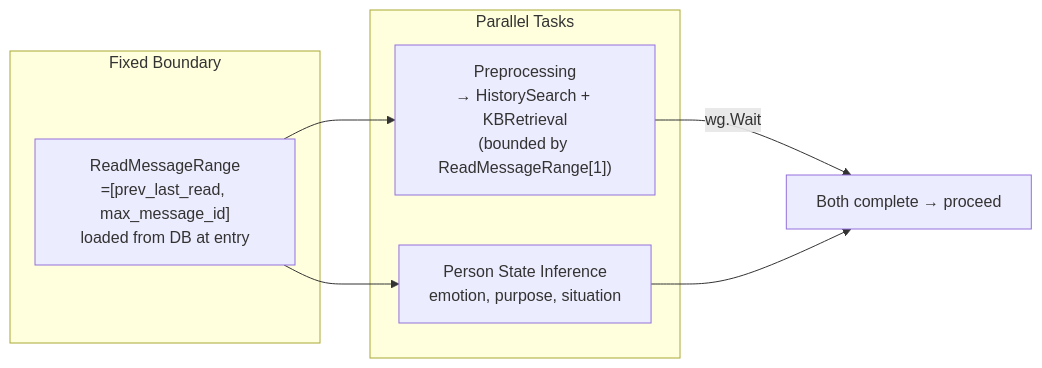
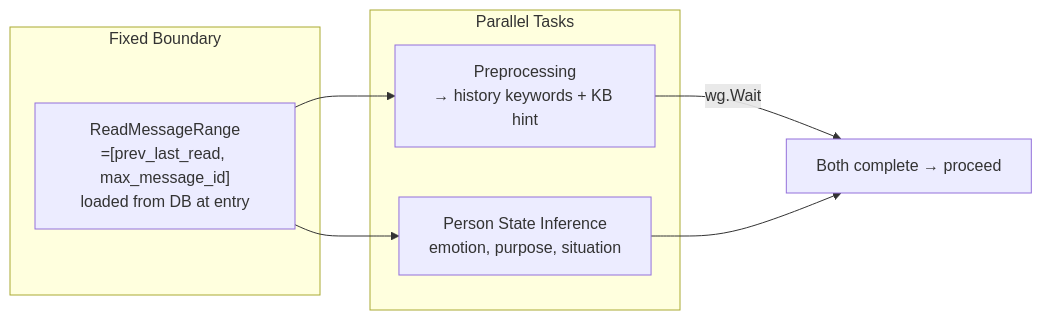
Before and after one commit to KoanJan/qingqiu-world: the fourth of 10 diagrams in doc/engineering_implements/agent-runtime-event-loop.md, drawn with Mermaid. The commit also changed other lines of this file and 83 other files, not shown here.

````diff
--- a/doc/engineering_implements/agent-runtime-event-loop.md
+++ b/doc/engineering_implements/agent-runtime-event-loop.md
@@ -269,14 +269,14 @@
 ```mermaid
 flowchart LR
     subgraph "Fixed Boundary"
         Range["ReadMessageRange<br/>=[prev_last_read, max_message_id]<br/>loaded from DB at entry"]
     end
     subgraph "Parallel Tasks"
-        A["Preprocessing<br/>→ HistorySearch + KBRetrieval<br/>(bounded by ReadMessageRange[1])"]
+        A["Preprocessing<br/>→ history keywords + KB hint"]
         B["Person State Inference<br/>emotion, purpose, situation"]
     end
     Range --> A
     Range --> B
     A -->|wg.Wait| Join["Both complete → proceed"]
     B --> Join
 ```
````
